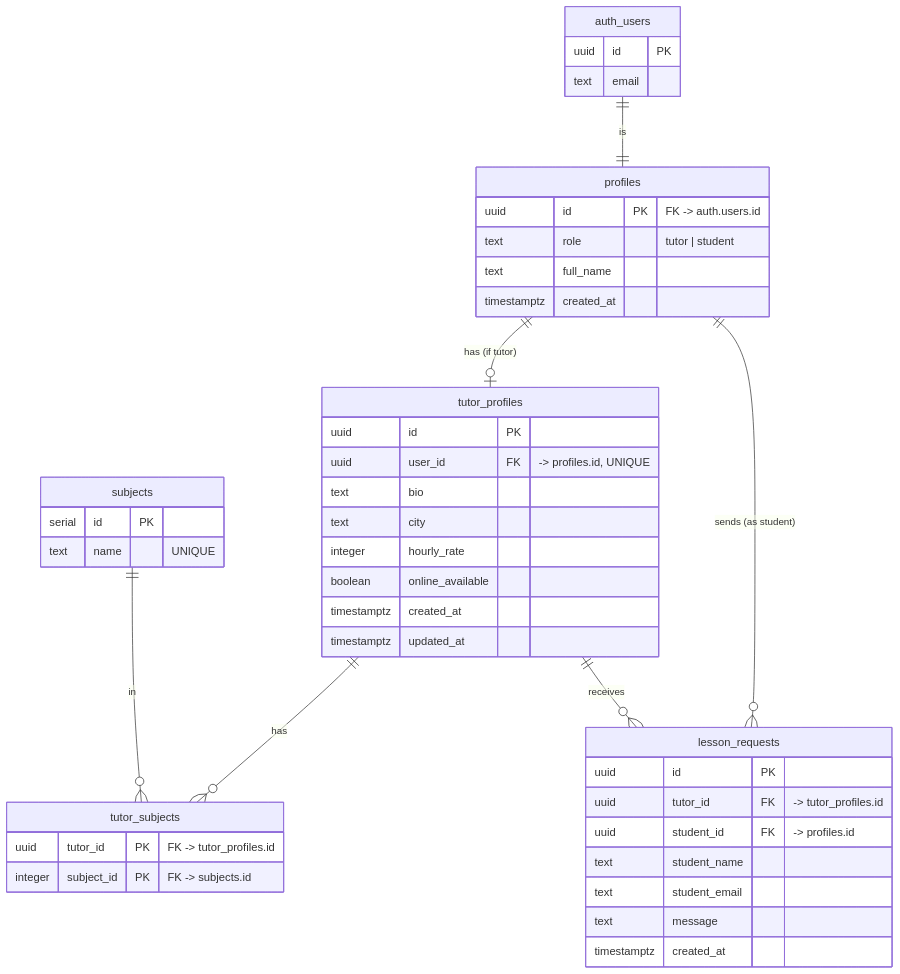
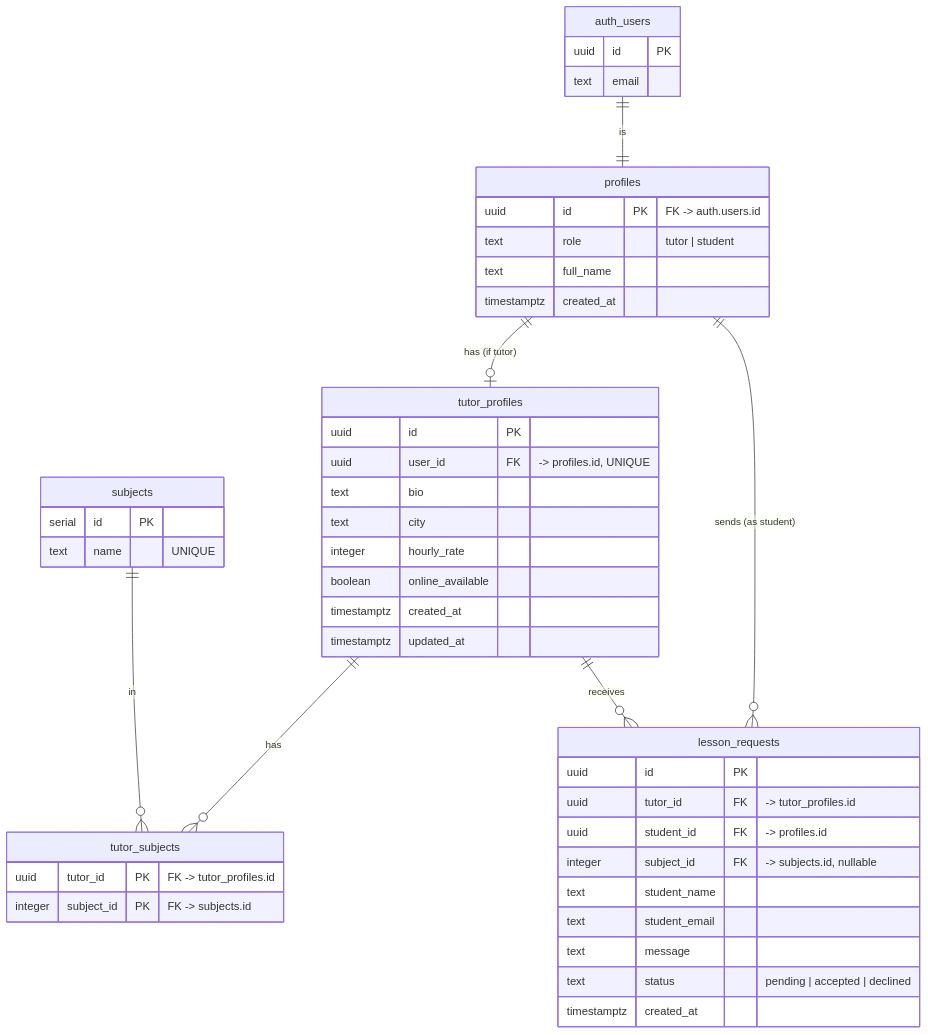
The diagram in docs/ERD.md (AdiBassman/final-project), drawn with Mermaid before and after one commit. The commit also changed other lines of this file and 10 other files, not shown here.

First line of the commit message:
feat(tutormatch): request status, subject, and contacted hint

````diff
--- a/docs/ERD.md
+++ b/docs/ERD.md
@@ -5,47 +5,49 @@
 ```mermaid
 erDiagram
     auth_users ||--|| profiles : "is"
     profiles ||--o| tutor_profiles : "has (if tutor)"
     profiles ||--o{ lesson_requests : "sends (as student)"
     tutor_profiles ||--o{ tutor_subjects : "has"
     subjects ||--o{ tutor_subjects : "in"
     tutor_profiles ||--o{ lesson_requests : "receives"
 
     auth_users {
         uuid id PK
         text email
     }
     profiles {
         uuid id PK "FK -> auth.users.id"
         text role "tutor | student"
         text full_name
         timestamptz created_at
     }
     tutor_profiles {
         uuid id PK
         uuid user_id FK "-> profiles.id, UNIQUE"
         text bio
         text city
         integer hourly_rate
         boolean online_available
         timestamptz created_at
         timestamptz updated_at
     }
     subjects {
         serial id PK
         text name "UNIQUE"
     }
     tutor_subjects {
         uuid tutor_id PK "FK -> tutor_profiles.id"
         integer subject_id PK "FK -> subjects.id"
     }
     lesson_requests {
         uuid id PK
         uuid tutor_id FK "-> tutor_profiles.id"
         uuid student_id FK "-> profiles.id"
+        integer subject_id FK "-> subjects.id, nullable"
         text student_name
         text student_email
         text message
+        text status "pending | accepted | declined"
         timestamptz created_at
     }
 ```
````
